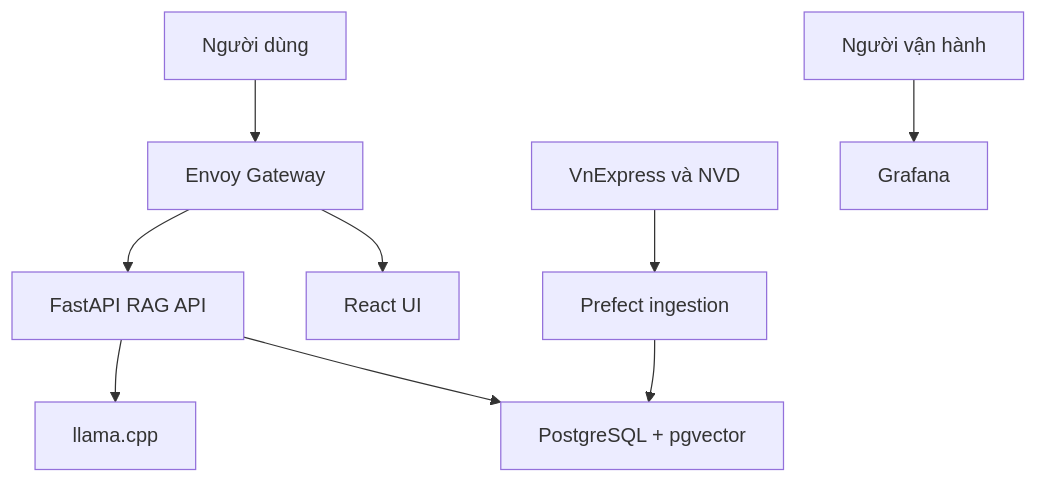
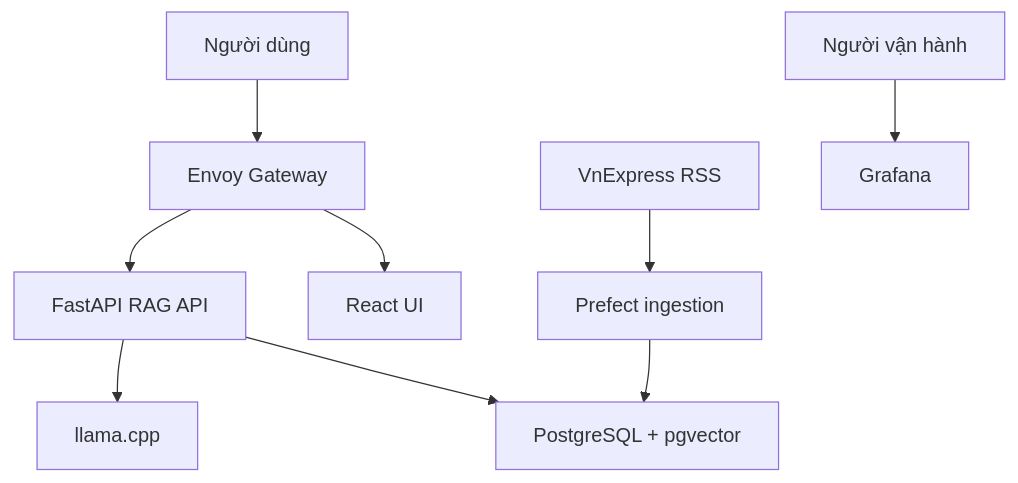
The first of 10 diagrams in docs/ARCHITECTURE.md (ngochai2909/kuberag-platform), drawn with Mermaid before and after one commit. The commit also changed other lines of this file and 49 other files, not shown here.

````diff
--- a/docs/ARCHITECTURE.md
+++ b/docs/ARCHITECTURE.md
@@ -17,11 +17,11 @@
 ```mermaid
 flowchart TB
     User["Người dùng"] --> Gateway["Envoy Gateway"]
     Gateway --> Web["React UI"]
     Gateway --> API["FastAPI RAG API"]
-    Sources["VnExpress và NVD"] --> Prefect["Prefect ingestion"]
+    Sources["VnExpress RSS"] --> Prefect["Prefect ingestion"]
     Prefect --> PG["PostgreSQL + pgvector"]
     API --> PG
     API --> LLM["llama.cpp"]
     Operator["Người vận hành"] --> Grafana["Grafana"]
 ```
````
